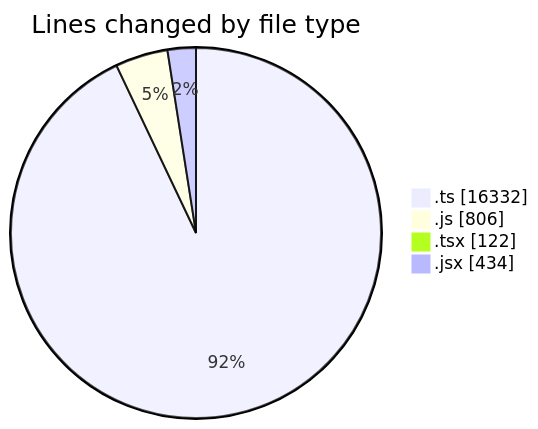
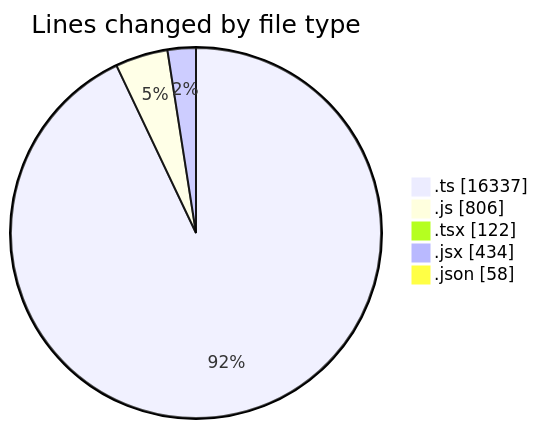
The first of 2 diagrams in 2025-11-12/cda/README.md (momahboobian/code-tracking), drawn with Mermaid before and after one commit. The commit also changed other lines of this file and 1 other file, not shown here.

````diff
--- a/2025-11-12/cda/README.md
+++ b/2025-11-12/cda/README.md
@@ -33,8 +34,9 @@
 ```mermaid
 pie showData
 title Lines changed by file type
-".ts" : 16332
+".ts" : 16337
 ".js" : 806
 ".tsx" : 122
 ".jsx" : 434
+".json" : 58
 ```
````
